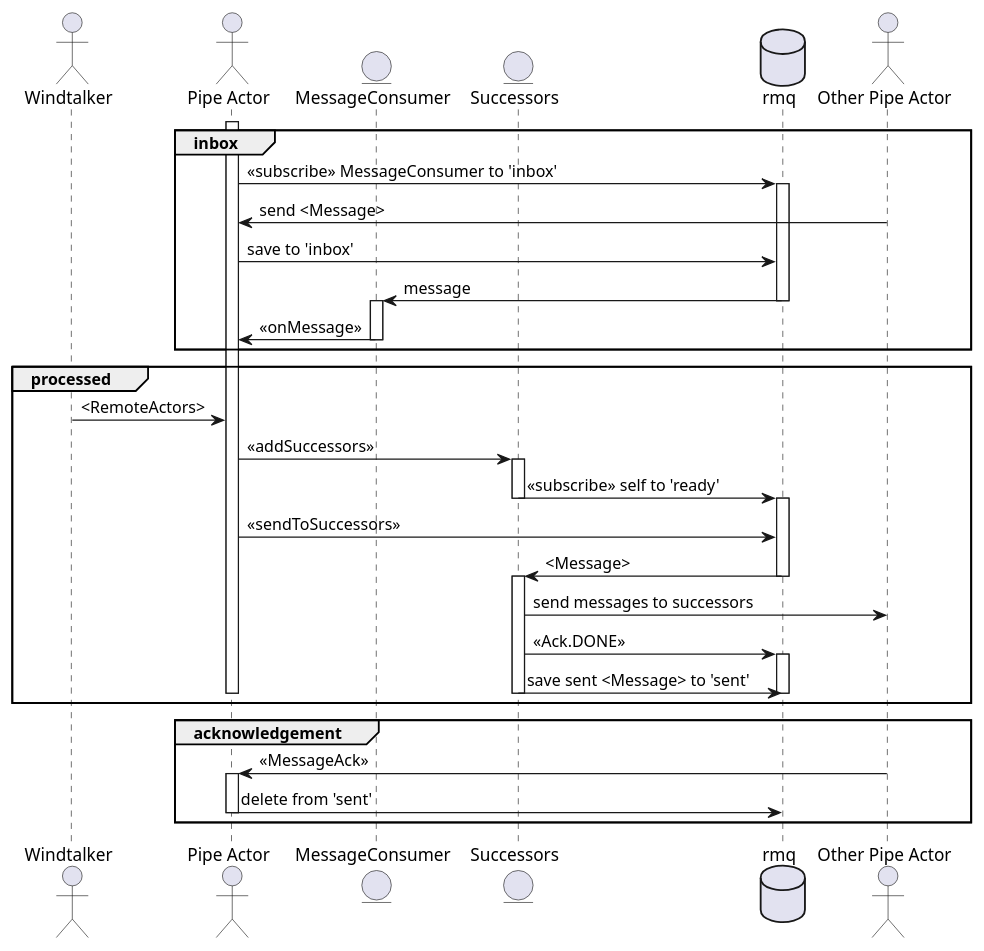
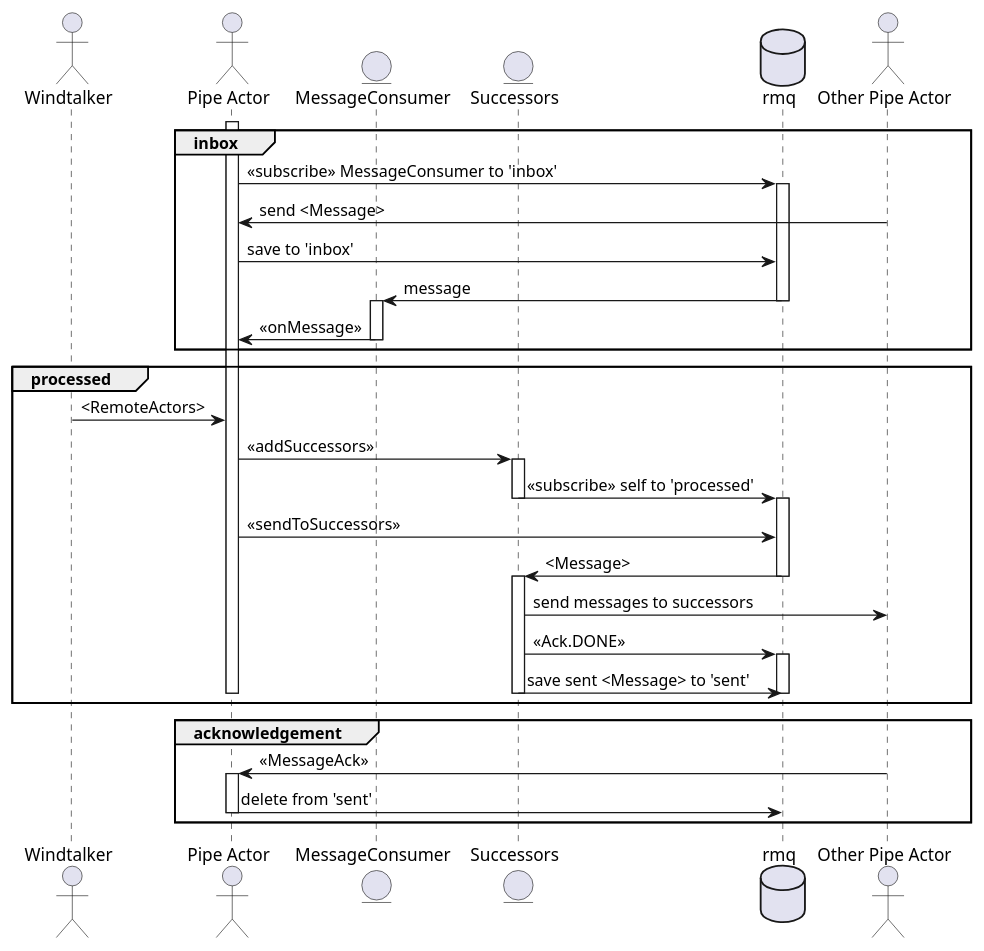
The diagram in seq-connecting.puml (orctom/pipeline), drawn with PlantUML before and after one commit. The commit also changed 3 other files, not shown here.

Commit message:
renamed meter "ready" -> "processed"

```diff
--- a/seq-connecting.puml
+++ b/seq-connecting.puml
@@ -1,52 +1,52 @@
 @startuml
 actor Windtalker
 actor "Pipe Actor"
 entity MessageConsumer
 entity Successors
 database rmq
 actor "Other Pipe Actor"
 
 group inbox
   activate "Pipe Actor"
   "Pipe Actor" -> rmq: <<subscribe>> MessageConsumer to 'inbox'
   activate rmq
 
   "Other Pipe Actor" -> "Pipe Actor": send <Message>
   "Pipe Actor" -> rmq: save to 'inbox'
 
   rmq -> MessageConsumer: message
   deactivate rmq
   activate MessageConsumer
   MessageConsumer -> "Pipe Actor": <<onMessage>>
   deactivate MessageConsumer
 end
 
 group processed
   Windtalker -> "Pipe Actor": <RemoteActors>
   "Pipe Actor" -> Successors: <<addSuccessors>>
   activate Successors
-  Successors -> rmq: <<subscribe>> self to 'ready'
+  Successors -> rmq: <<subscribe>> self to 'processed'
   deactivate Successors
   activate rmq
   deactivate rmq
 
   "Pipe Actor" -> rmq: <<sendToSuccessors>>
   rmq -> Successors: <Message>
   deactivate rmq
   activate Successors
   Successors -> "Other Pipe Actor": send messages to successors
   Successors -> rmq: <<Ack.DONE>>
   activate rmq
   Successors -> rmq: save sent <Message> to 'sent'
   deactivate rmq
   deactivate Successors
   deactivate "Pipe Actor"
 end
 
 group acknowledgement
   "Other Pipe Actor" -> "Pipe Actor": <<MessageAck>>
   activate "Pipe Actor"
   "Pipe Actor" -> rmq: delete from 'sent'
   deactivate "Pipe Actor"
 end
 @enduml
```
